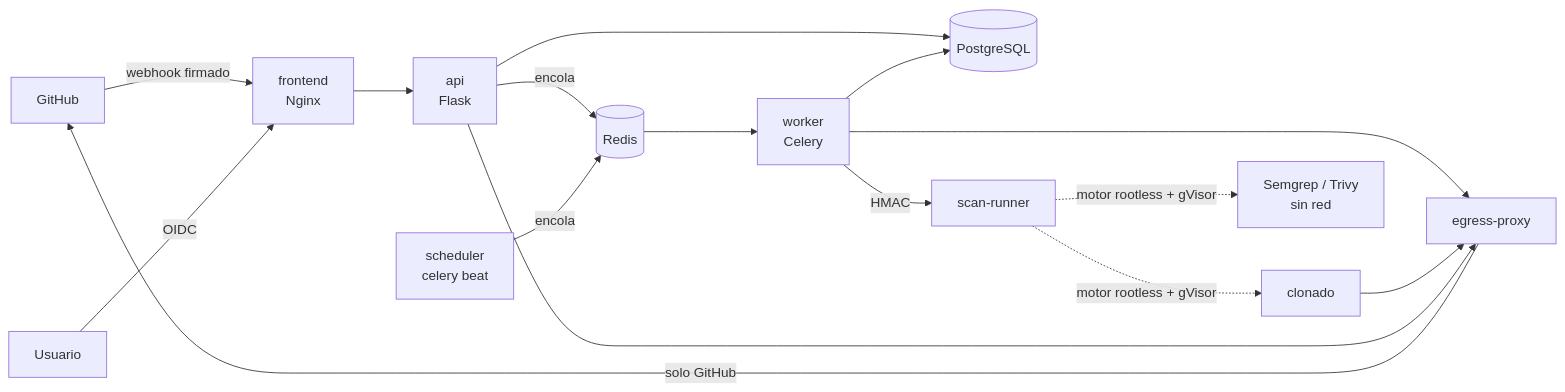
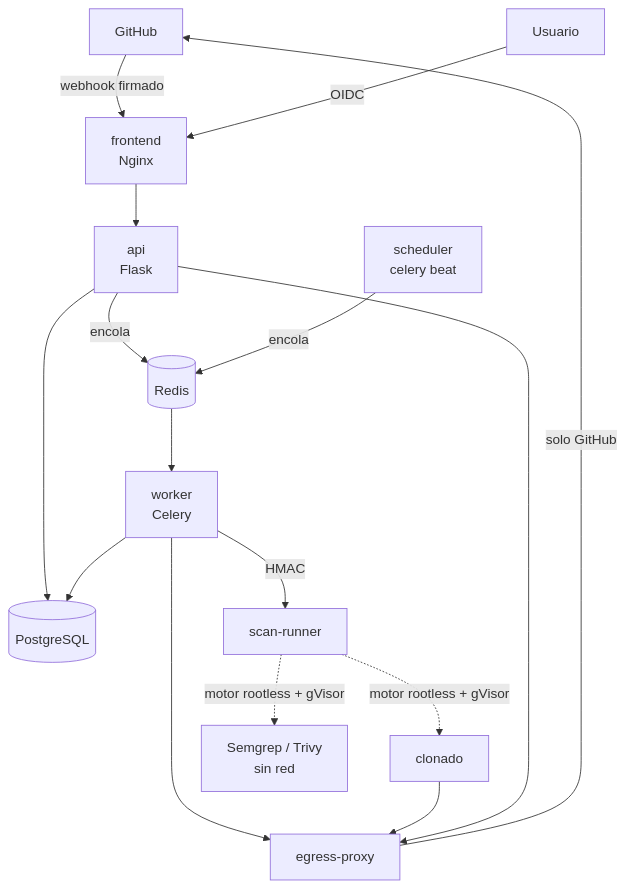
Before and after one commit to carlos1219/nave: the diagram in README.md, drawn with Mermaid.

Commit message:
docs(readme): draw the architecture diagram top to bottom

````diff
--- a/README.md
+++ b/README.md
@@ -44,18 +44,18 @@
 ```mermaid
-flowchart LR
+flowchart TB
   GH[GitHub] -- webhook firmado --> FE[frontend<br/>Nginx]
   U[Usuario] -- OIDC --> FE
   FE --> API[api<br/>Flask]
   API --> PG[(PostgreSQL)]
   API -- encola --> RD[(Redis)]
   SCH[scheduler<br/>celery beat] -- encola --> RD
   RD --> WK[worker<br/>Celery]
   WK --> PG
   WK -- HMAC --> RN[scan-runner]
   RN -. motor rootless + gVisor .-> F[clonado]
   RN -. motor rootless + gVisor .-> S[Semgrep / Trivy<br/>sin red]
   WK --> EP[egress-proxy]
   F --> EP
   API --> EP
   EP -- solo GitHub --> GH
 ```
````
